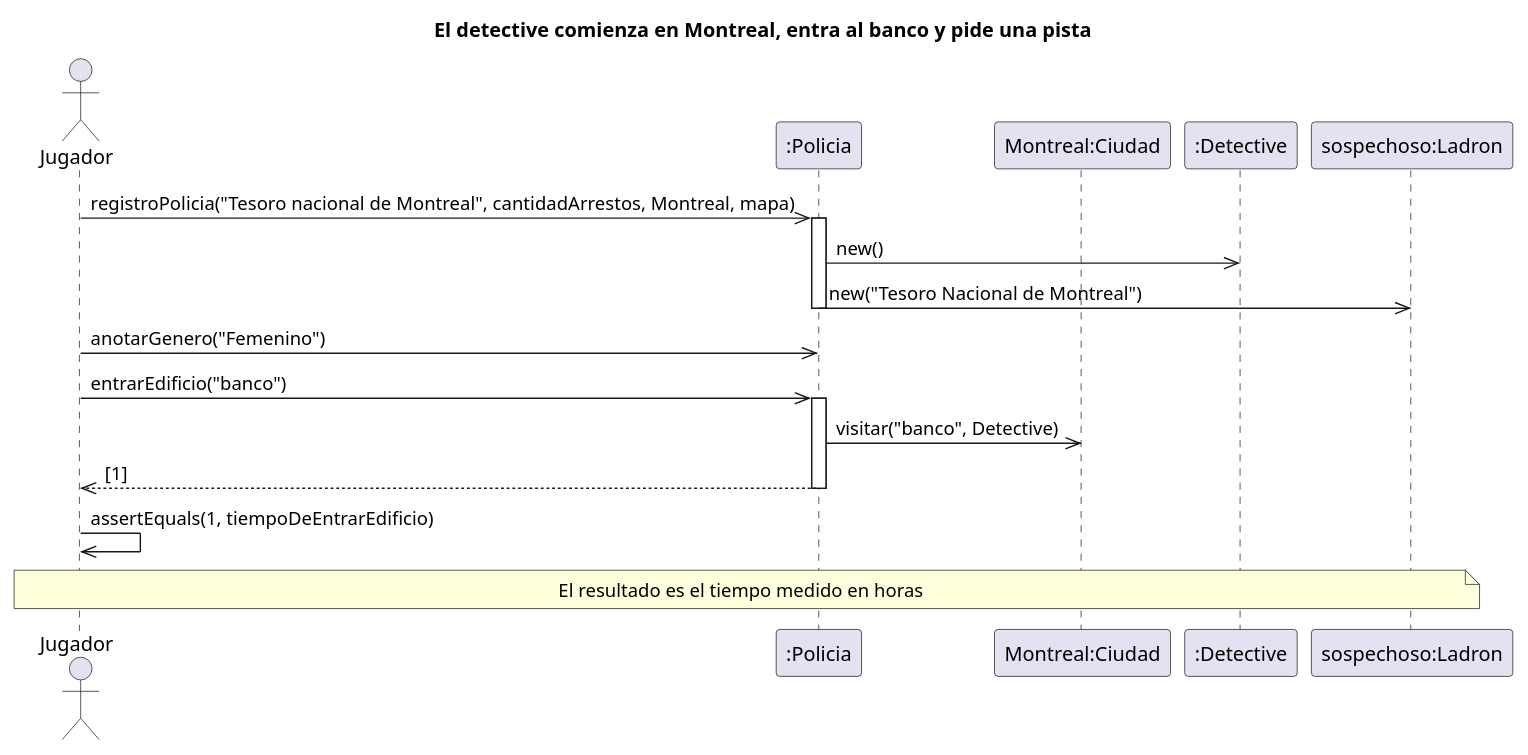
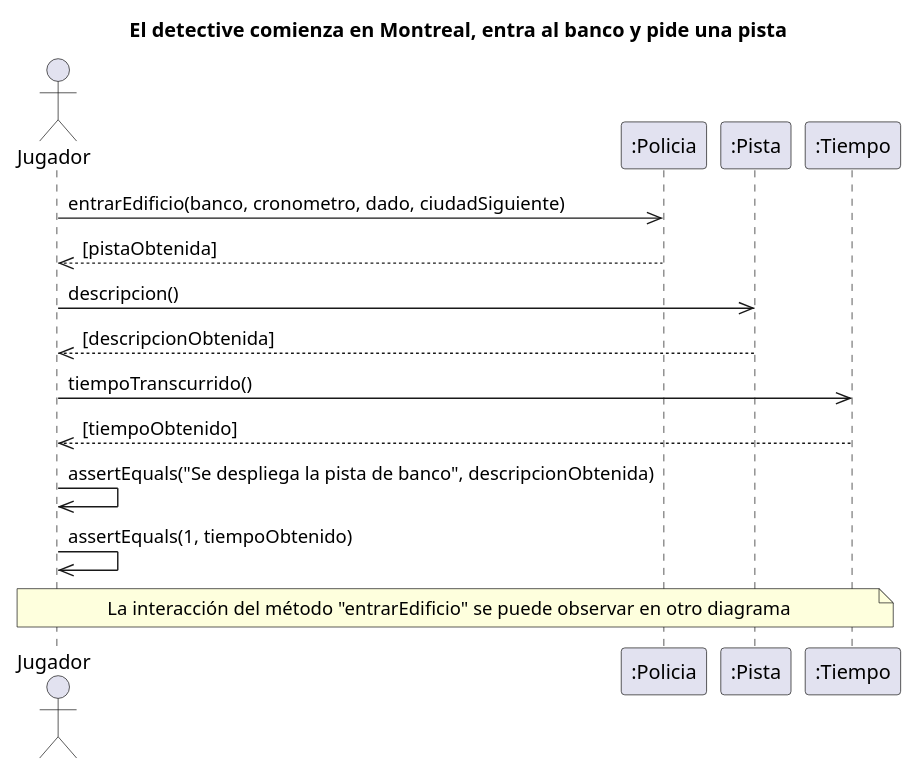
One commit to kmu01/Algo3_tp2 changed the diagram in diagrams/sequences/entrega1/DS_DetectiveEntraABanco.puml. Above: the diagram before and after it, drawn with PlantUML. The commit also changed 14 other files, not shown here.

```diff
--- a/diagrams/sequences/entrega1/DS_DetectiveEntraABanco.puml
+++ b/diagrams/sequences/entrega1/DS_DetectiveEntraABanco.puml
@@ -1,23 +1,20 @@
 @startuml
 title El detective comienza en Montreal, entra al banco y pide una pista
 
 actor "Jugador" as AlgoThief
 participant ":Policia" as Policia
-participant "Montreal:Ciudad" as Ciudad
-participant ":Detective" as Grado
-participant "sospechoso:Ladron" as Ladron
+participant ":Pista" as Pista
+participant ":Tiempo" as Tiempo
+AlgoThief ->> Policia : entrarEdificio(banco, cronometro, dado, ciudadSiguiente)
+return[pistaObtenida]
 
-AlgoThief ->> Policia : registroPolicia("Tesoro nacional de Montreal", cantidadArrestos, Montreal, mapa)
-activate Policia
-Policia ->> Grado : new()
-Policia ->> Ladron : new("Tesoro Nacional de Montreal")
-deactivate Policia
-AlgoThief ->> Policia : anotarGenero("Femenino")
-AlgoThief ->> Policia : entrarEdificio("banco")
-activate Policia
-Policia ->> Ciudad : visitar("banco", Detective)
-return [1]
-deactivate Policia
-AlgoThief ->> AlgoThief : assertEquals(1, tiempoDeEntrarEdificio)
-note across: El resultado es el tiempo medido en horas
+AlgoThief ->> Pista : descripcion()
+return[descripcionObtenida]
+
+AlgoThief ->> Tiempo : tiempoTranscurrido()
+return[tiempoObtenido]
+
+AlgoThief ->> AlgoThief : assertEquals("Se despliega la pista de banco", descripcionObtenida)
+AlgoThief ->> AlgoThief : assertEquals(1, tiempoObtenido)
+note across: La interacción del método "entrarEdificio" se puede observar en otro diagrama
 @enduml
```
